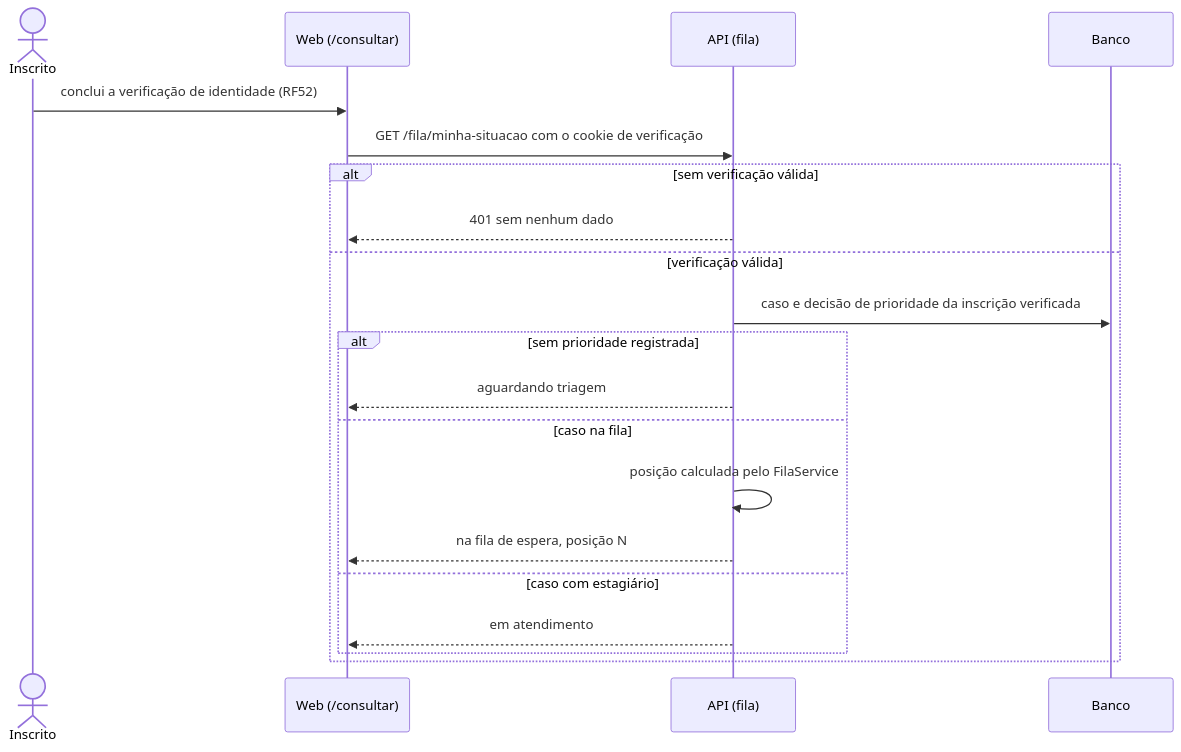
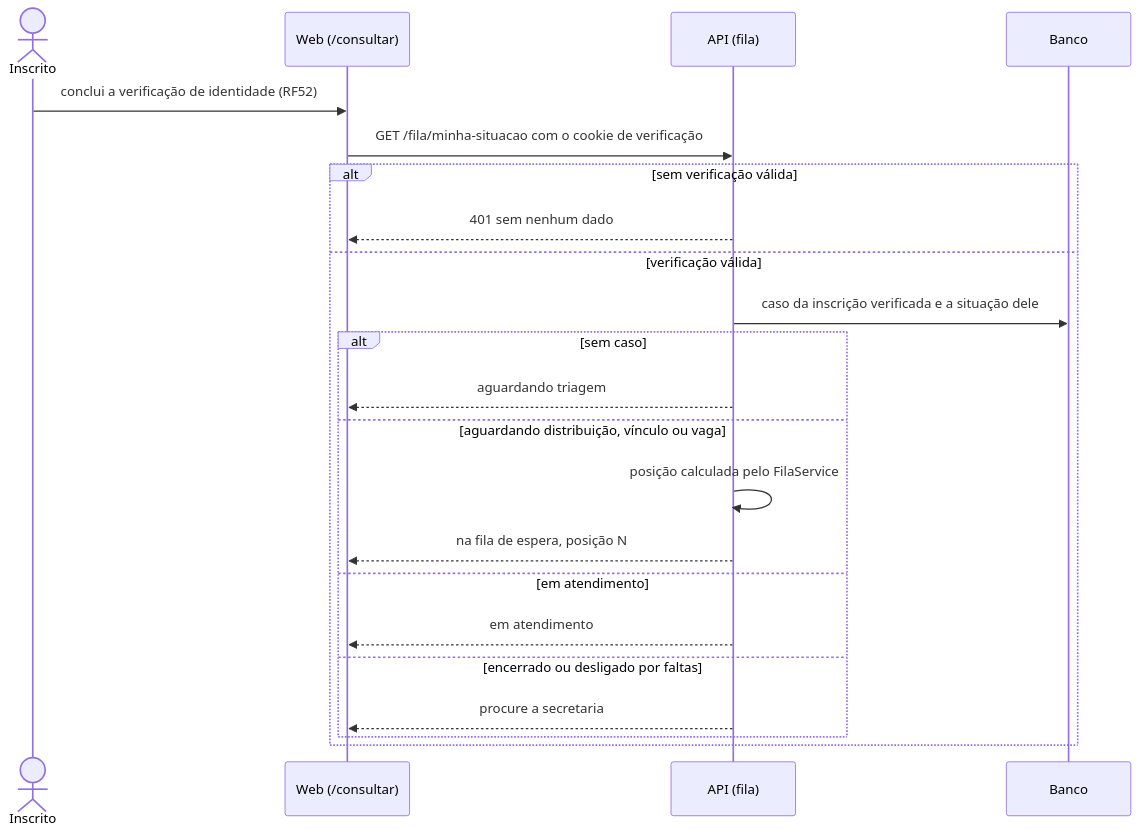
One commit to mdsreq-fga-unb/REQ-2026.2-T02-ClinicaEscolaFBr changed the sixth of 24 diagrams in documentacao/docs/unidade-3/projeto-features-ciclo-4.md. Above: the diagram before and after it, drawn with Mermaid. The commit also changed other lines of this file and 5 other files, not shown here.

````diff
--- a/documentacao/docs/unidade-3/projeto-features-ciclo-4.md
+++ b/documentacao/docs/unidade-3/projeto-features-ciclo-4.md
@@ -256,22 +298,24 @@
 ```mermaid
 sequenceDiagram
     actor P as Inscrito
     participant W as Web (/consultar)
     participant A as API (fila)
     participant DB as Banco
     P->>W: conclui a verificação de identidade (RF52)
     W->>A: GET /fila/minha-situacao com o cookie de verificação
     alt sem verificação válida
         A-->>W: 401 sem nenhum dado
     else verificação válida
-        A->>DB: caso e decisão de prioridade da inscrição verificada
-        alt sem prioridade registrada
+        A->>DB: caso da inscrição verificada e a situação dele
+        alt sem caso
             A-->>W: aguardando triagem
-        else caso na fila
+        else aguardando distribuição, vínculo ou vaga
             A->>A: posição calculada pelo FilaService
             A-->>W: na fila de espera, posição N
-        else caso com estagiário
+        else em atendimento
             A-->>W: em atendimento
+        else encerrado ou desligado por faltas
+            A-->>W: procure a secretaria
         end
     end
 ```
````
